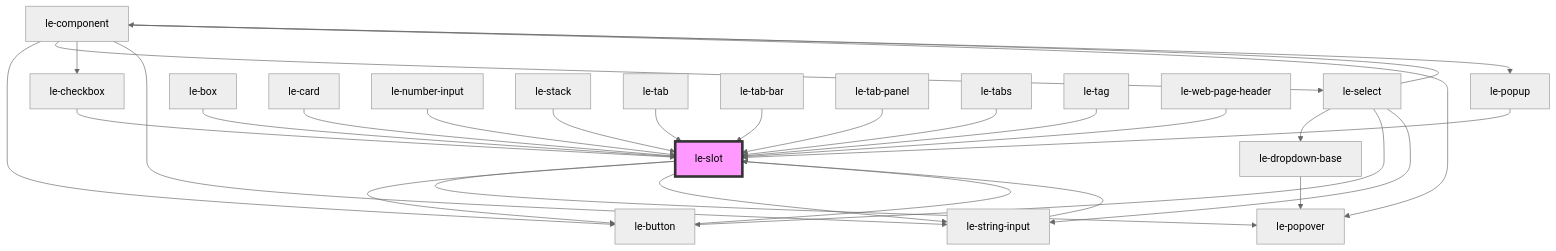
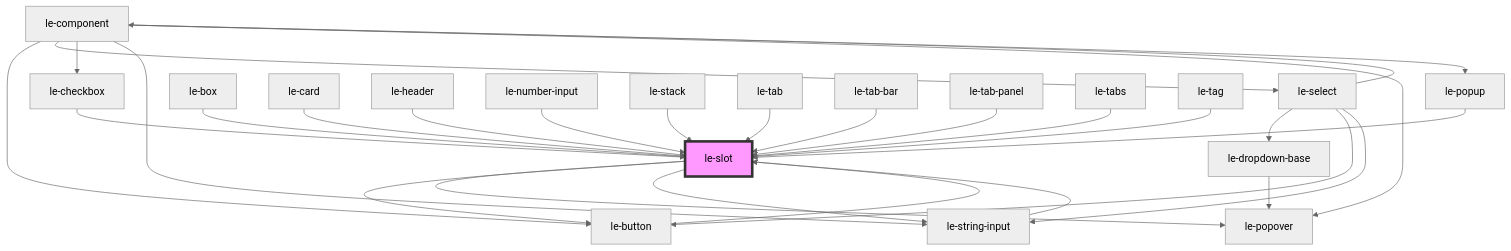
The diagram in src/components/le-slot/readme.md (leechy/le-kit), drawn with Mermaid (neutral theme) before and after one commit. The commit also changed other lines of this file and 10 other files, not shown here.

Commit message:
Rename <le-web-page-header> to <le-header>

````diff
--- a/src/components/le-slot/readme.md
+++ b/src/components/le-slot/readme.md
@@ -73,32 +73,32 @@
 ```mermaid
 graph TD;
   le-slot --> le-popover
   le-slot --> le-button
   le-slot --> le-string-input
   le-button --> le-slot
   le-component --> le-button
   le-component --> le-select
   le-component --> le-checkbox
   le-component --> le-string-input
   le-component --> le-popover
   le-component --> le-popup
   le-select --> le-component
   le-select --> le-dropdown-base
   le-select --> le-button
   le-select --> le-string-input
   le-dropdown-base --> le-popover
   le-string-input --> le-slot
   le-checkbox --> le-slot
   le-popup --> le-slot
   le-box --> le-slot
   le-card --> le-slot
+  le-header --> le-slot
   le-number-input --> le-slot
   le-stack --> le-slot
   le-tab --> le-slot
   le-tab-bar --> le-slot
   le-tab-panel --> le-slot
   le-tabs --> le-slot
   le-tag --> le-slot
-  le-web-page-header --> le-slot
   style le-slot fill:#f9f,stroke:#333,stroke-width:4px
 ```
````
